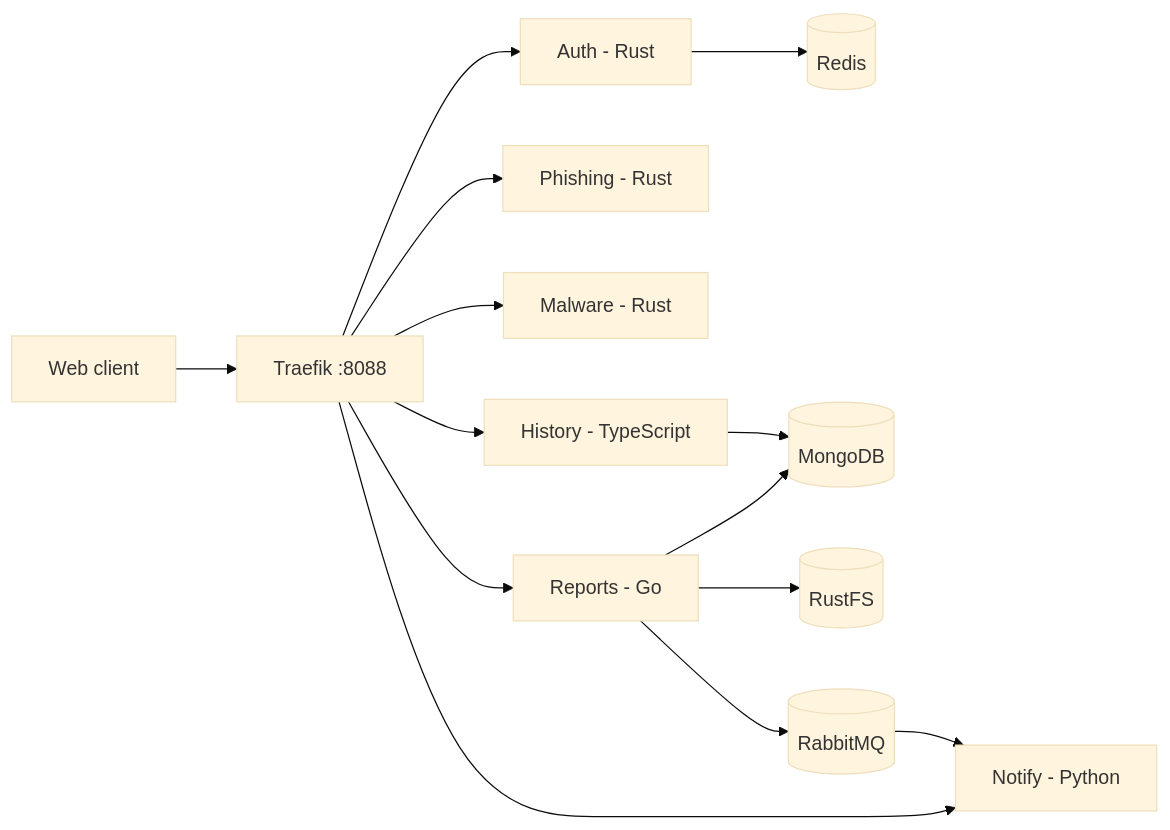
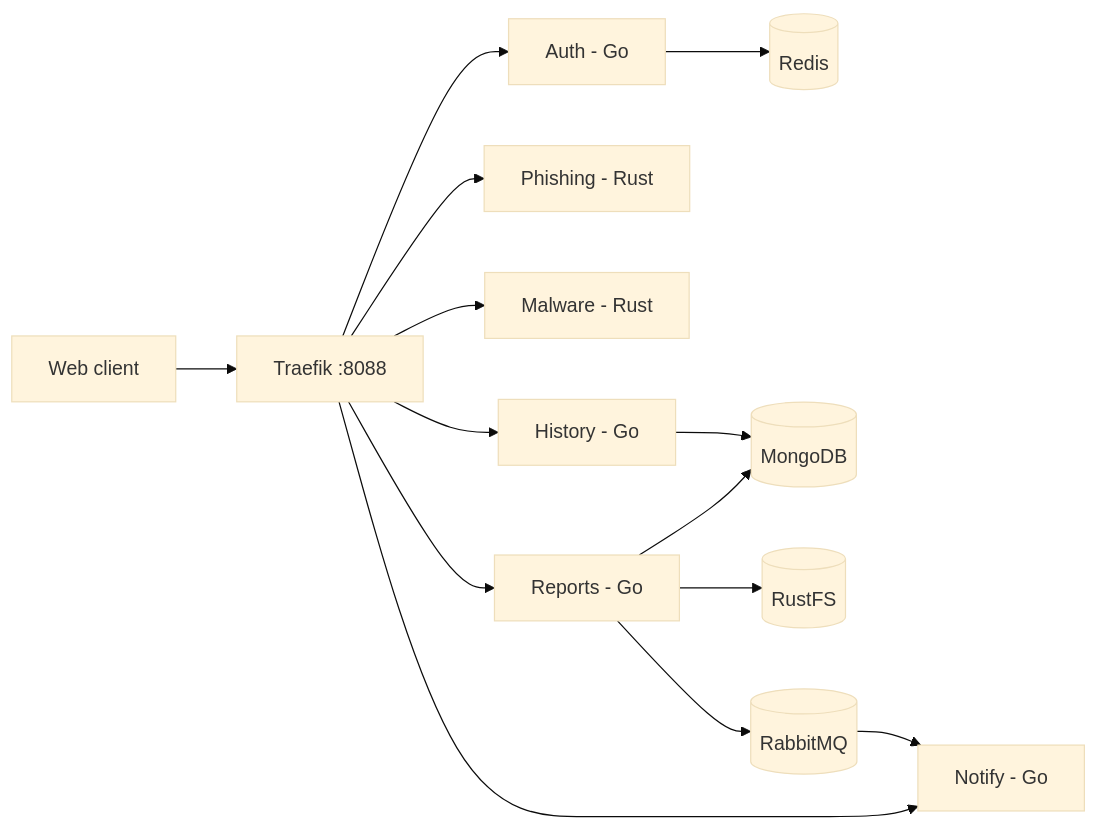
One commit to M33HA1/ForgeHarbor changed the diagram in README.md. Above: the diagram before and after it, drawn with Mermaid (base theme). The commit also changed other lines of this file and 28 other files, not shown here.

````diff
--- a/README.md
+++ b/README.md
@@ -17,16 +17,16 @@
 ```mermaid
 flowchart LR
     Browser[Web client] --> Gateway[Traefik :8088]
-    Gateway --> Auth[Auth - Rust]
+    Gateway --> Auth[Auth - Go]
     Gateway --> Phishing[Phishing - Rust]
     Gateway --> Malware[Malware - Rust]
-    Gateway --> History[History - TypeScript]
+    Gateway --> History[History - Go]
     Gateway --> Reports[Reports - Go]
-    Gateway --> Notify[Notify - Python]
+    Gateway --> Notify[Notify - Go]
     History --> Mongo[(MongoDB)]
     Reports --> Mongo
     Reports --> RustFS[(RustFS)]
     Reports --> Queue[(RabbitMQ)]
     Queue --> Notify
     Auth --> Redis[(Redis)]
 ```
````
